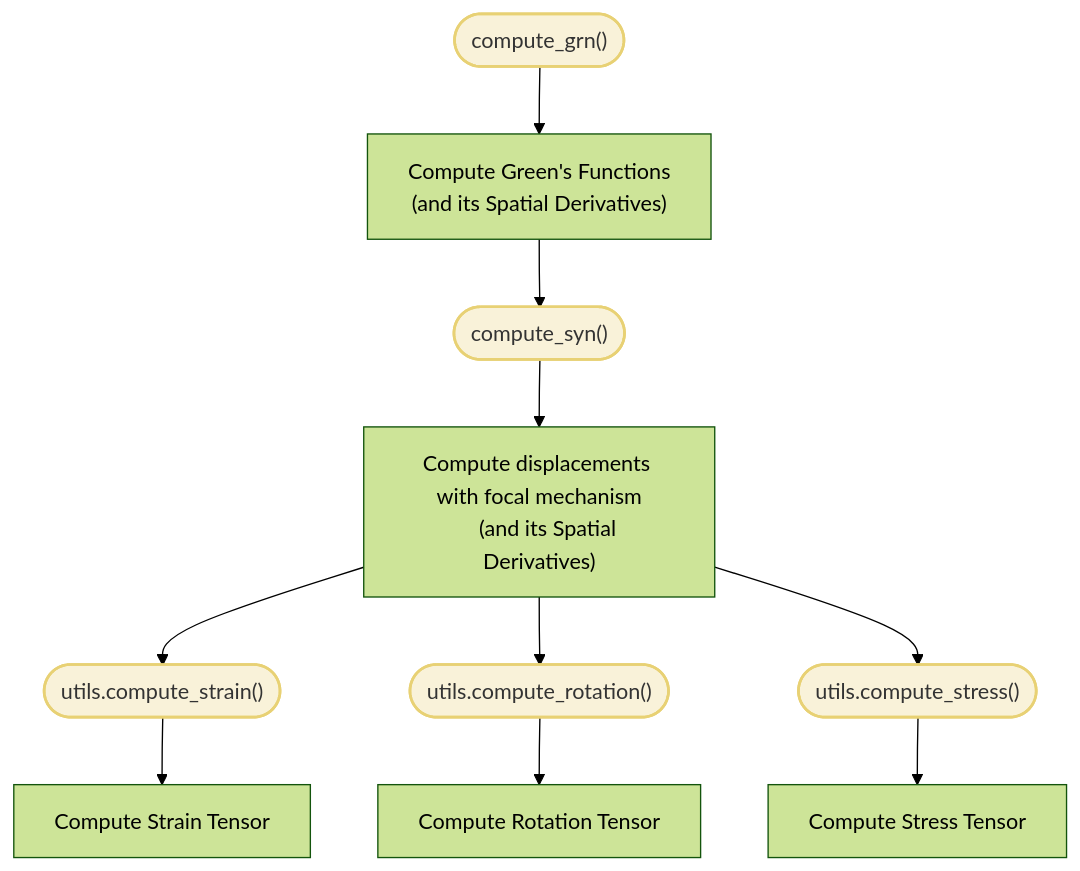
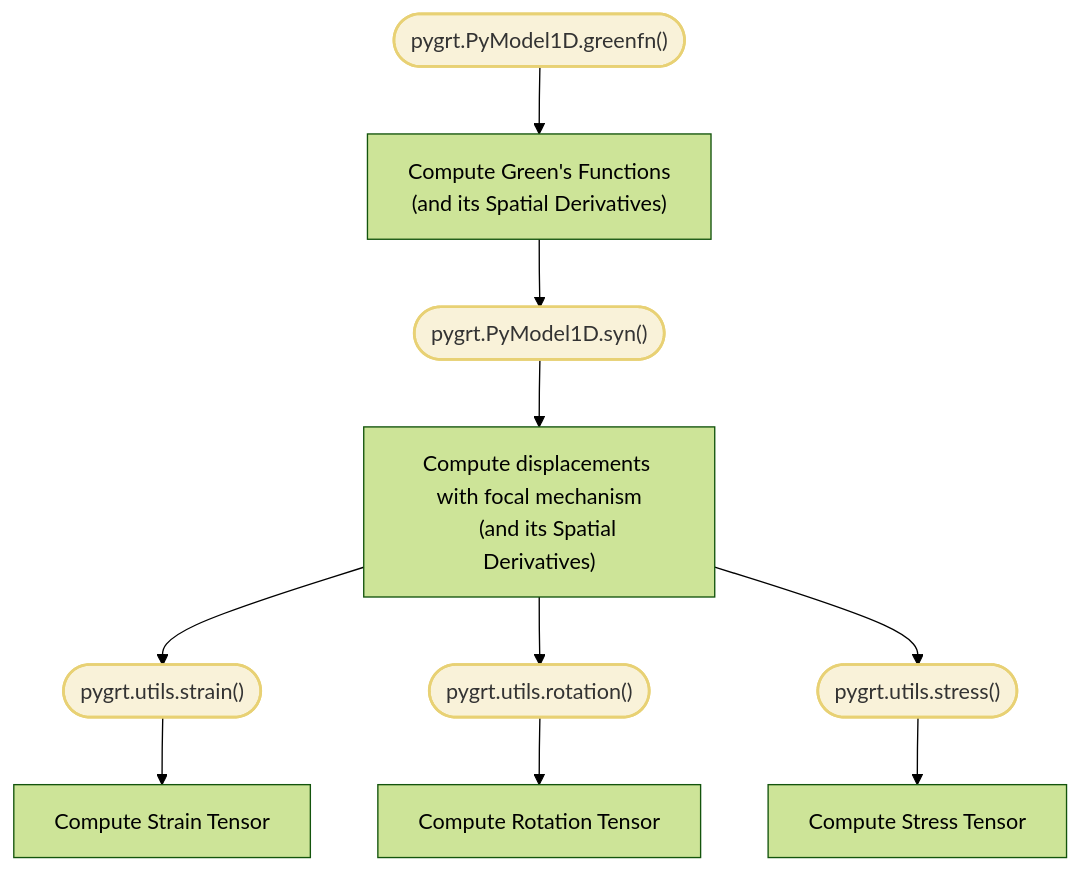
One commit to Dengda98/PyGRT changed the first of 2 diagrams in docs/source/Tutorial/dynamic/index.rst. Above: the diagram before and after it, drawn with Mermaid (forest theme). The commit also changed 54 other files, not shown here.

```diff
--- a/docs/source/Tutorial/dynamic/index.rst
+++ b/docs/source/Tutorial/dynamic/index.rst
@@ -11,26 +11,26 @@
 .. mermaid::
 
     flowchart TB 
 
-        GG(["compute_grn()"])
-        SS(["compute_syn()"])
-        EE(["utils.compute_strain()"])
-        RR(["utils.compute_rotation()"])
-        TT(["utils.compute_stress()"])
+        GG(["pygrt.PyModel1D.greenfn()"])
+        SS(["pygrt.PyModel1D.syn()"])
+        EE(["pygrt.utils.strain()"])
+        RR(["pygrt.utils.rotation()"])
+        TT(["pygrt.utils.stress()"])
 
         G["Compute Green's Functions
         (and its Spatial Derivatives)"]
         S["Compute displacements with focal mechanism
         (and its Spatial Derivatives)"]
         E["Compute Strain Tensor"]
         R["Compute Rotation Tensor"]
         T["Compute Stress Tensor"]
 
         GG --> G
         G --> SS --> S
         S --> EE --> E
         S --> RR --> R
         S --> TT --> T
         
         classDef cmdcls fill:#f9f2d9,stroke:#e8d174,stroke-width:2px,color:#333;
         class GG,SS,EE,RR,TT cmdcls
```
